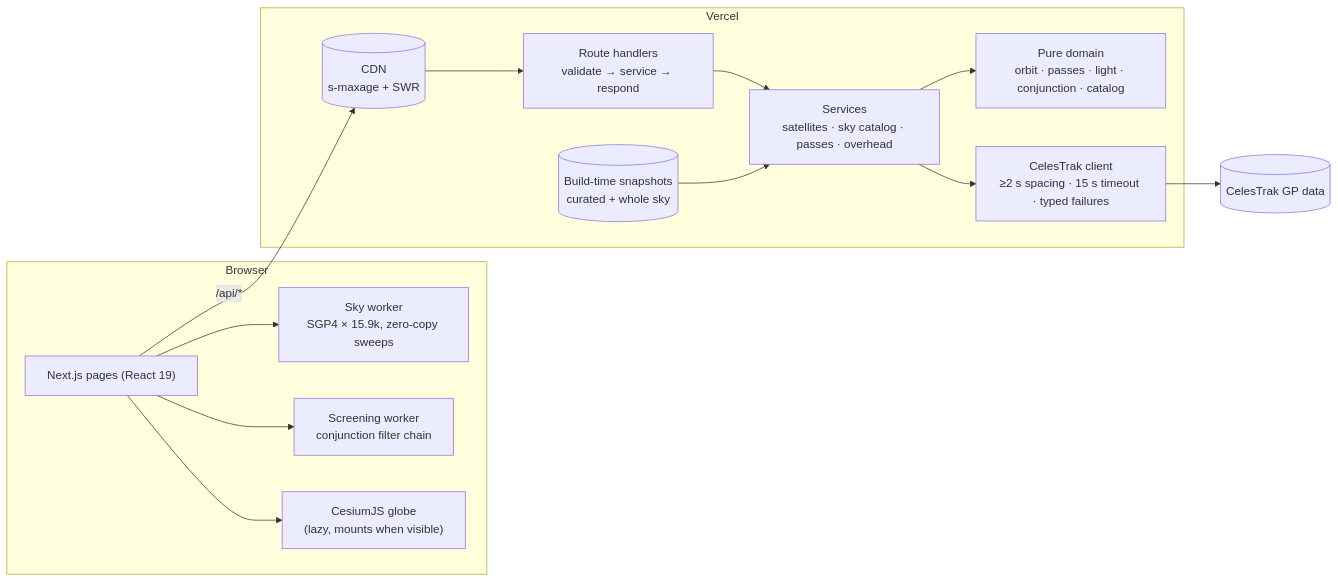
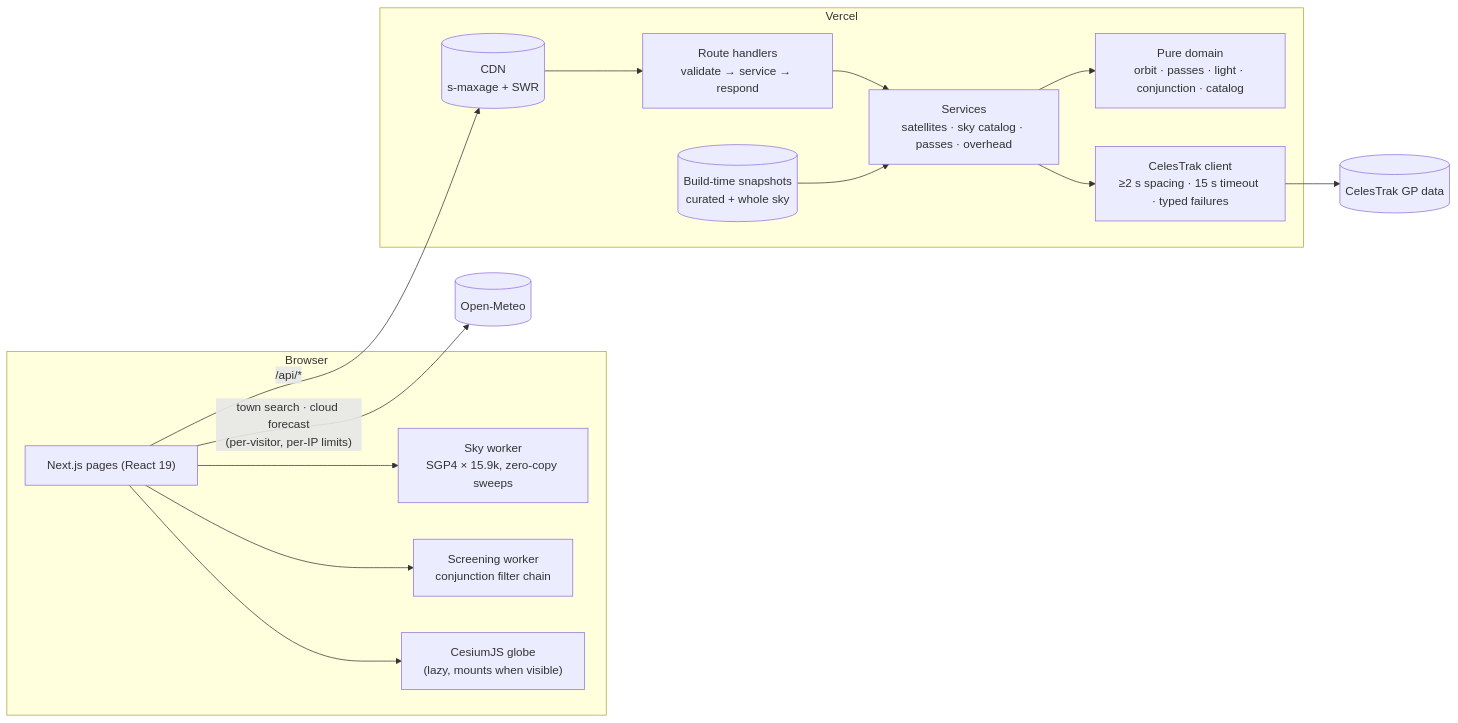
One commit to Devligan/orbital-insight changed the first of 2 diagrams in README.md. Above: the diagram before and after it, drawn with Mermaid. The commit also changed other lines of this file and 4 other files, not shown here.

````diff
--- a/README.md
+++ b/README.md
@@ -65,23 +75,24 @@
 ```mermaid
 flowchart LR
   subgraph Browser
     UI["Next.js pages (React 19)"]
     SKY["Sky worker<br/>SGP4 × 15.9k, zero-copy sweeps"]
     SCR["Screening worker<br/>conjunction filter chain"]
     GLOBE["CesiumJS globe<br/>(lazy, mounts when visible)"]
     UI --> SKY & SCR & GLOBE
   end
+  UI -- "town search · cloud forecast<br/>(per-visitor, per-IP limits)" --> OM[("Open-Meteo")]
   subgraph Vercel
     CDN[("CDN<br/>s-maxage + SWR")]
     API["Route handlers<br/>validate → service → respond"]
     SVC["Services<br/>satellites · sky catalog · passes · overhead"]
     DOM["Pure domain<br/>orbit · passes · light · conjunction · catalog"]
     SNAP[("Build-time snapshots<br/>curated + whole sky")]
     CT["CelesTrak client<br/>≥2 s spacing · 15 s timeout · typed failures"]
     API --> SVC --> DOM
     SNAP --> SVC
     SVC --> CT
   end
   UI -- "/api/*" --> CDN --> API
   CT --> CEL[("CelesTrak GP data")]
 ```
````
